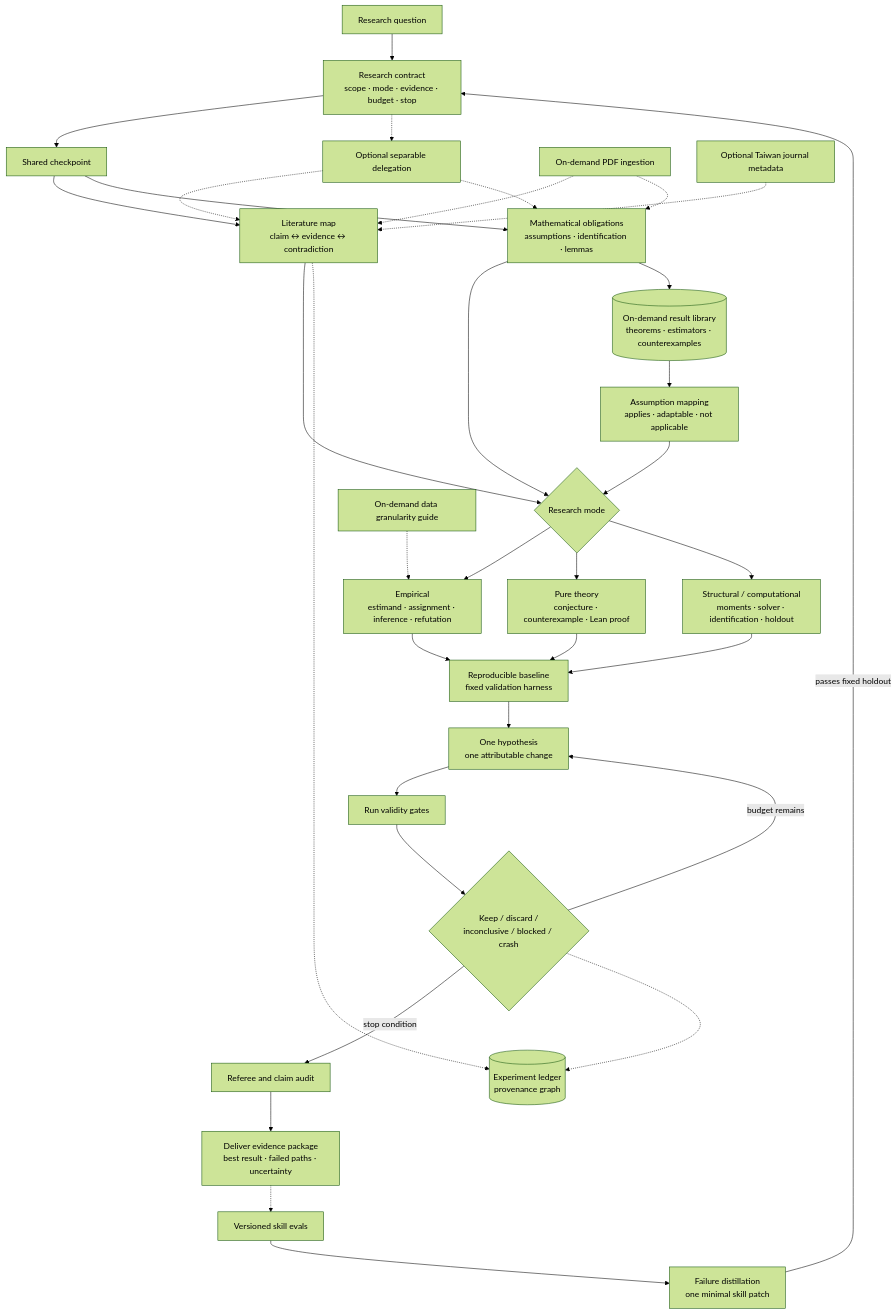
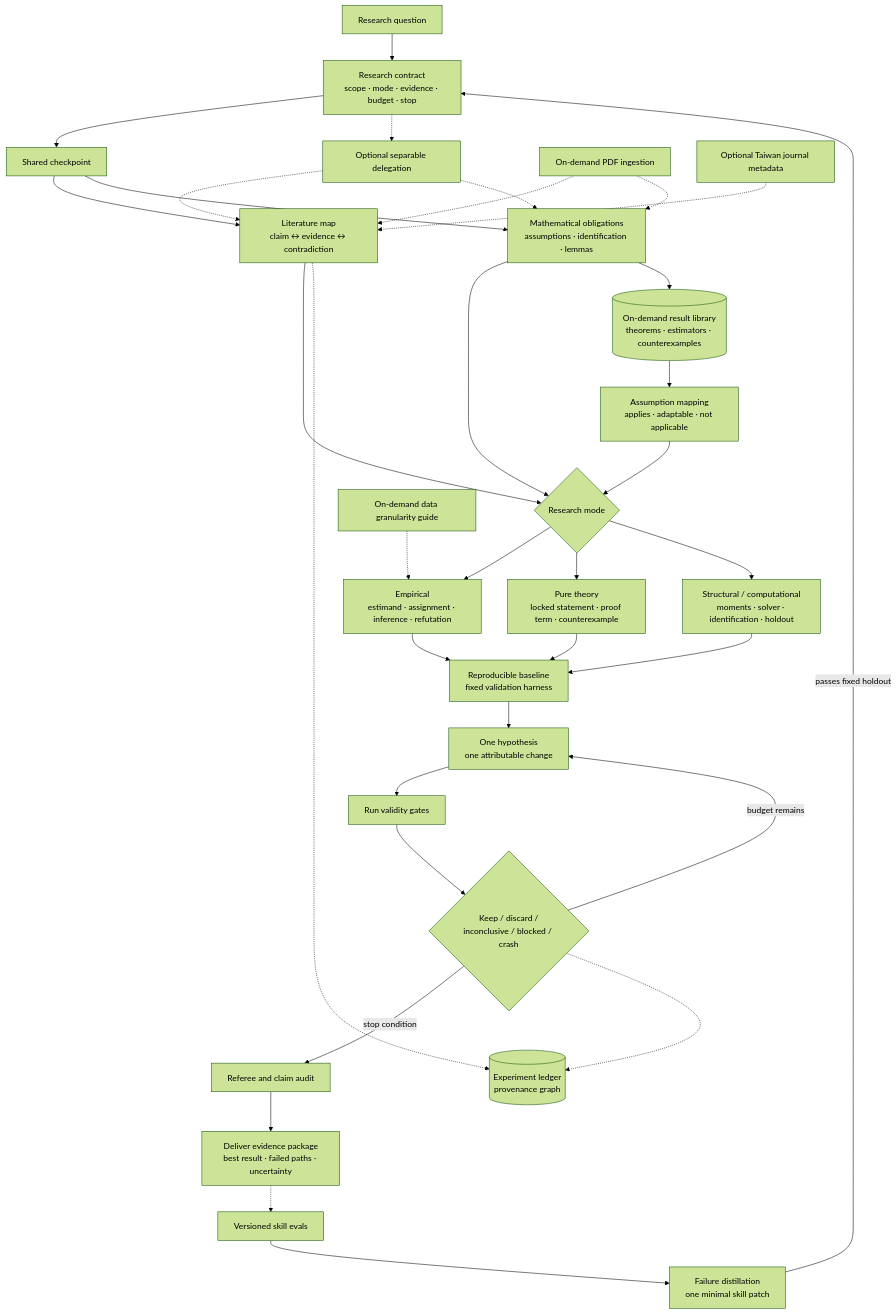
One commit to Tohskcid/econ-research-lab changed the diagram in README.md. Above: the diagram before and after it, drawn with Mermaid (forest theme). The commit also changed other lines of this file and 9 other files, not shown here.

Commit message:
Add locked Lean proof verification harness

````diff
--- a/README.md
+++ b/README.md
@@ -17,40 +17,40 @@
 ```mermaid
 flowchart TD
     Q[Research question] --> C[Research contract<br/>scope · mode · evidence · budget · stop]
     C --> S[Shared checkpoint]
     C -.-> O[Optional separable delegation]
     S --> L[Literature map<br/>claim ↔ evidence ↔ contradiction]
     S --> M[Mathematical obligations<br/>assumptions · identification · lemmas]
     O -.-> L
     O -.-> M
     L --> R{Research mode}
     M --> R
     M --> LIB[(On-demand result library<br/>theorems · estimators · counterexamples)]
     LIB --> MAP[Assumption mapping<br/>applies · adaptable · not applicable]
     MAP --> R
 
     R --> E[Empirical<br/>estimand · assignment · inference · refutation]
-    R --> T[Pure theory<br/>conjecture · counterexample · Lean proof]
+    R --> T[Pure theory<br/>locked statement · proof term · counterexample]
     R --> X[Structural / computational<br/>moments · solver · identification · holdout]
 
     PDF[On-demand PDF ingestion] -.-> L
     PDF -.-> M
     GRAN[On-demand data granularity guide] -.-> E
     JR[Optional Taiwan journal metadata] -.-> L
 
     E --> B[Reproducible baseline<br/>fixed validation harness]
     T --> B
     X --> B
     B --> H[One hypothesis<br/>one attributable change]
     H --> V[Run validity gates]
     V --> K{Keep / discard /<br/>inconclusive / blocked / crash}
     K -->|budget remains| H
     K -->|stop condition| A[Referee and claim audit]
     A --> D[Deliver evidence package<br/>best result · failed paths · uncertainty]
 
     K -.-> P[(Experiment ledger<br/>provenance graph)]
     L -.-> P
     D -.-> EV[Versioned skill evals]
     EV --> SE[Failure distillation<br/>one minimal skill patch]
     SE -->|passes fixed holdout| C
 ```
````
